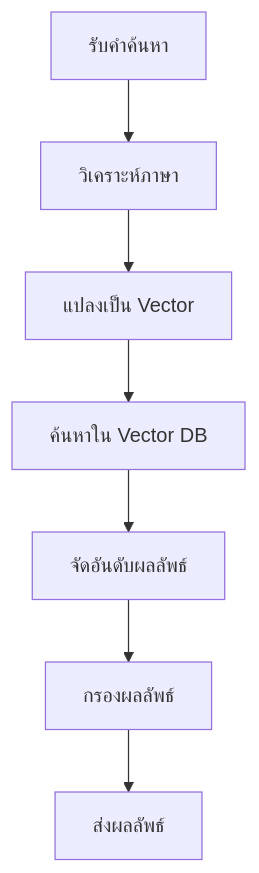
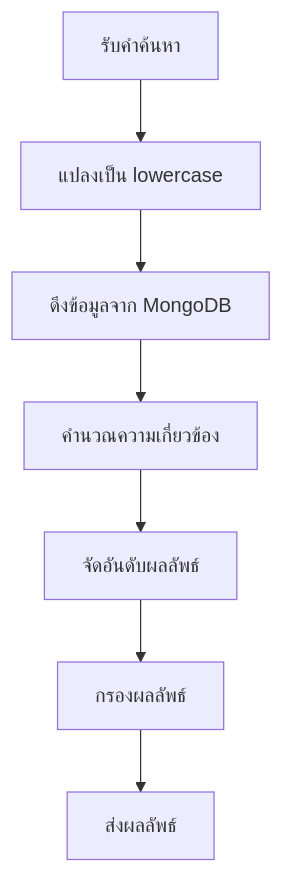
The fourth of 20 diagrams in docs/diagrams.md (Phattarapong26/PowerAiChat_LLM), drawn with Mermaid before and after one commit. The commit also changed other lines of this file, not shown here.

````diff
--- a/docs/diagrams.md
+++ b/docs/diagrams.md
@@ -77,9 +85,9 @@
 ```mermaid
 graph TD
-    A[รับคำค้นหา] --> B[วิเคราะห์ภาษา]
-    B --> C[แปลงเป็น Vector]
-    C --> D[ค้นหาใน Vector DB]
+    A[รับคำค้นหา] --> B[แปลงเป็น lowercase]
+    B --> C[ดึงข้อมูลจาก MongoDB]
+    C --> D[คำนวณความเกี่ยวข้อง]
     D --> E[จัดอันดับผลลัพธ์]
     E --> F[กรองผลลัพธ์]
     F --> G[ส่งผลลัพธ์]
 ```
````
